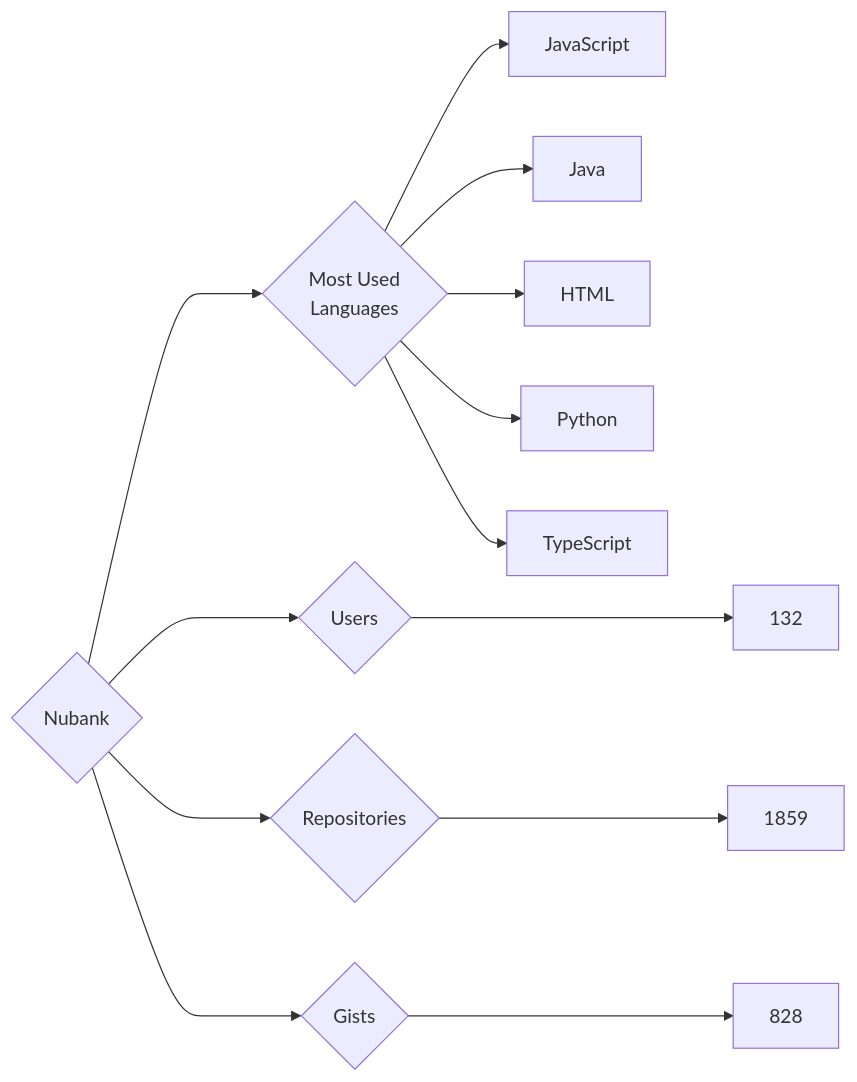
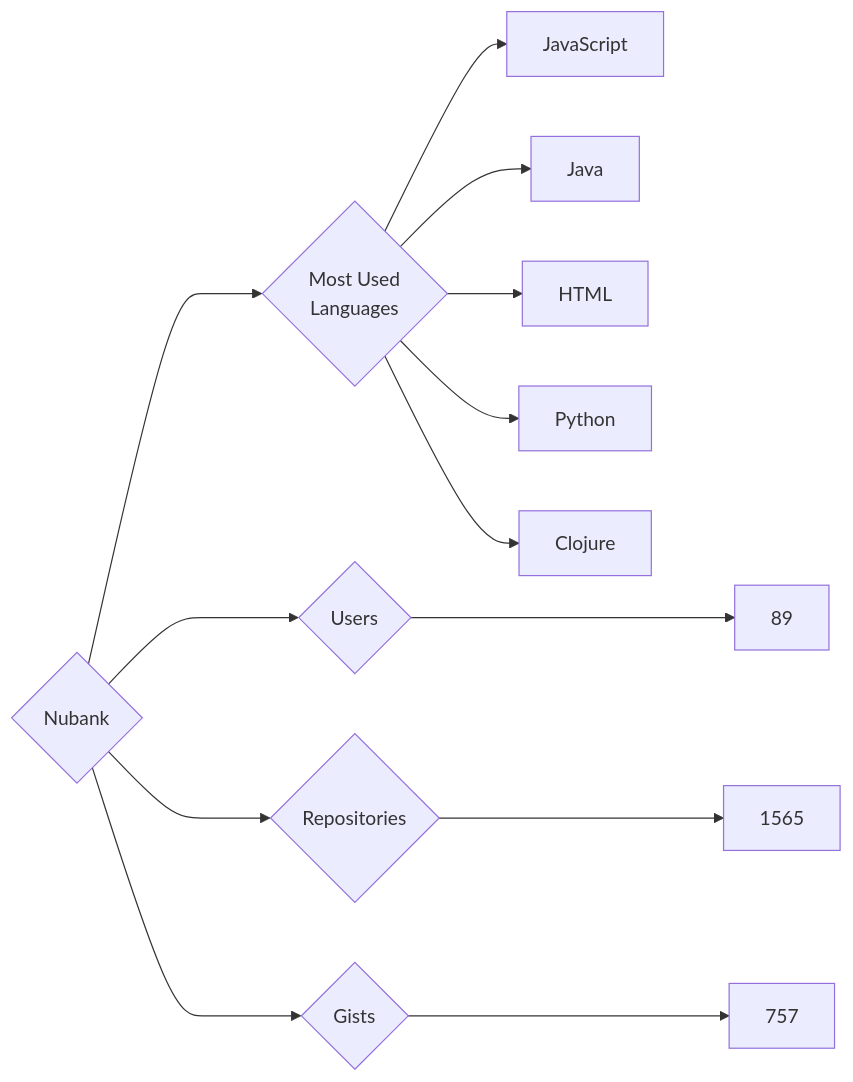
The diagram in targets/Nubank/README.md (trickest/insiders), drawn with Mermaid before and after one commit. The commit also changed 695 other files, not shown here.

````diff
--- a/targets/Nubank/README.md
+++ b/targets/Nubank/README.md
@@ -3,13 +3,13 @@
 ```mermaid
 graph LR
 COMPANY_NAME{Nubank}
-COMPANY_NAME ---> U{Users} ---> UN[132]
-COMPANY_NAME ---> R{Repositories} ---> RN[1859]
-COMPANY_NAME ---> G{Gists} ---> GN[828]
+COMPANY_NAME ---> U{Users} ---> UN[89]
+COMPANY_NAME ---> R{Repositories} ---> RN[1565]
+COMPANY_NAME ---> G{Gists} ---> GN[757]
 COMPANY_NAME ---> ML{Most Used<br>Languages}
 ML --> JavaScript[JavaScript]
 ML --> Java[Java]
 ML --> HTML[HTML]
 ML --> Python[Python]
-ML --> TypeScript[TypeScript]
+ML --> Clojure[Clojure]
 ```
````
